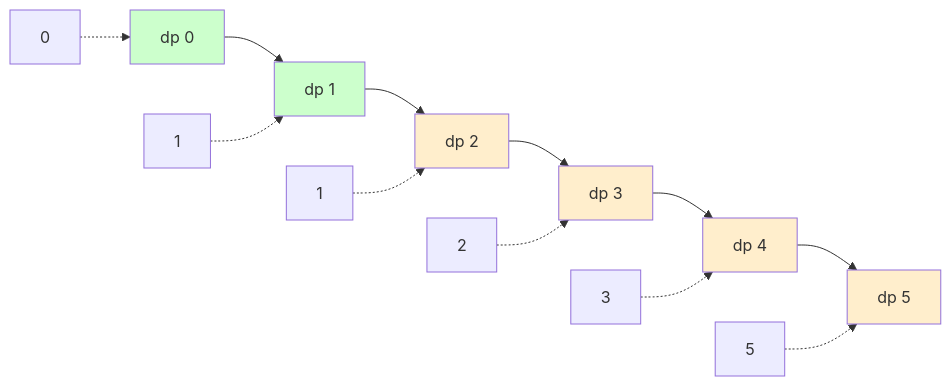
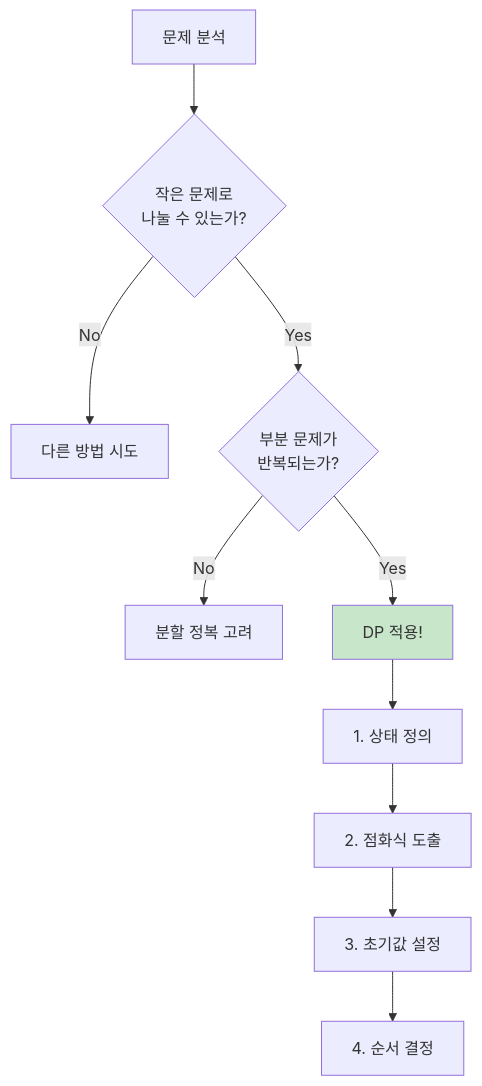
One commit to nugurejeil/weniVooks changed the second of 2 diagrams in _md/essentials-codingtest/chapter04/04-4.md. Above: the diagram before and after it, drawn with Mermaid. The commit also changed other lines of this file and 9 other files, not shown here.

````diff
--- a/_md/essentials-codingtest/chapter04/04-4.md
+++ b/_md/essentials-codingtest/chapter04/04-4.md
@@ -135,22 +322,15 @@
 ```mermaid
-graph LR
-    A[dp 0] --> B[dp 1]
-    B --> C[dp 2]
-    C --> D[dp 3]
-    D --> E[dp 4]
-    E --> F[dp 5]
+graph TD
+    A[문제 분석] --> B{작은 문제로<br/>나눌 수 있는가?}
+    B -->|No| C[다른 방법 시도]
+    B -->|Yes| D{부분 문제가<br/>반복되는가?}
+    D -->|No| E[분할 정복 고려]
+    D -->|Yes| F[DP 적용!]
 
-    A2["0"] -.-> A
-    B2["1"] -.-> B
-    C2["1"] -.-> C
-    D2["2"] -.-> D
-    E2["3"] -.-> E
-    F2["5"] -.-> F
+    F --> G[1. 상태 정의]
+    G --> H[2. 점화식 도출]
+    H --> I[3. 초기값 설정]
+    I --> J[4. 순서 결정]
 
-    style A fill:#ccffcc
-    style B fill:#ccffcc
-    style C fill:#ffeecc
-    style D fill:#ffeecc
-    style E fill:#ffeecc
-    style F fill:#ffeecc
+    style F fill:#c8e6c9
 ```
````
